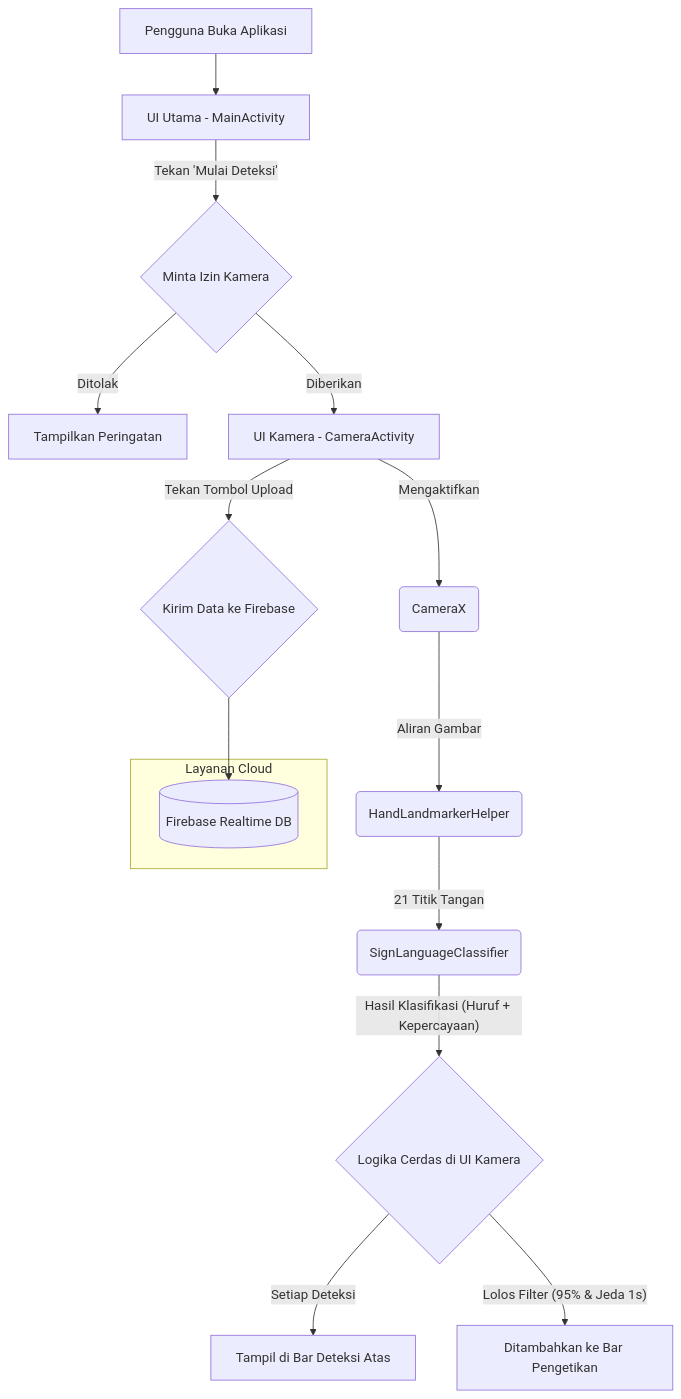
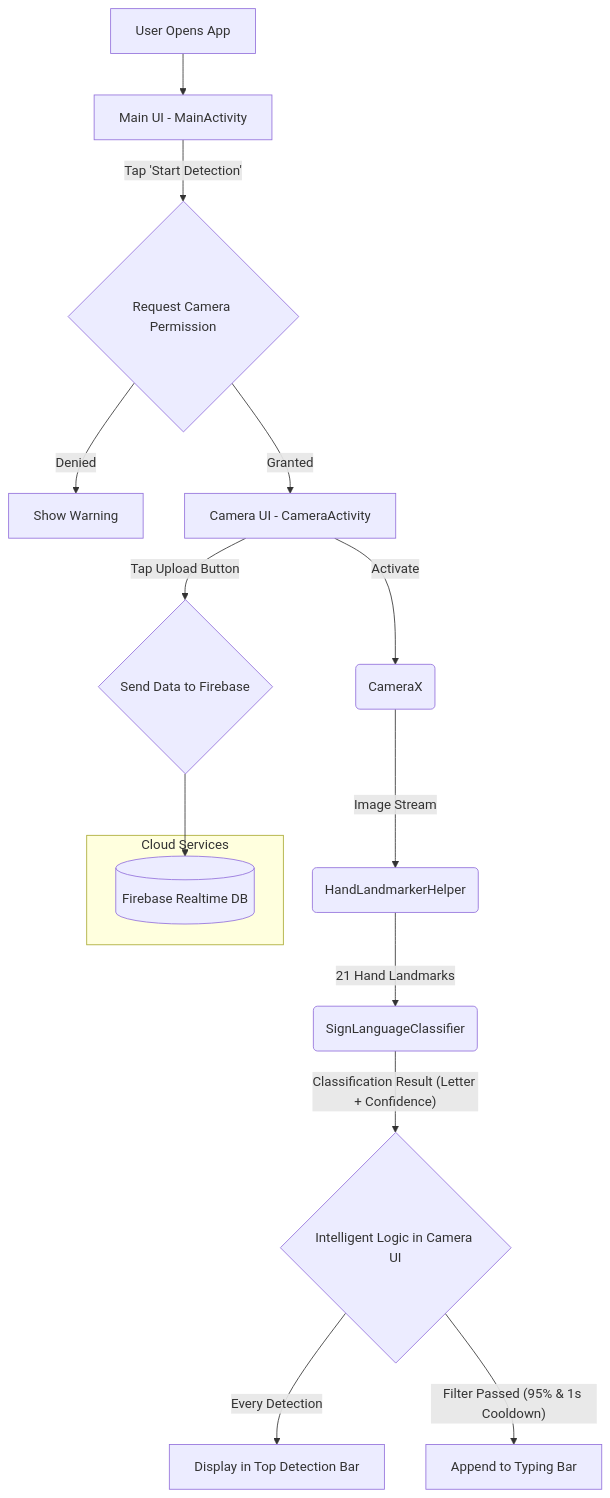
The diagram in README.md (syahrulhuda/JariBicara), drawn with Mermaid before and after one commit. The commit also changed other lines of this file, not shown here.

````diff
--- a/README.md
+++ b/README.md
@@ -25,20 +35,20 @@
 ```mermaid
 graph TD
-    A[Pengguna Buka Aplikasi] --> B[UI Utama - MainActivity];
-    B --Tekan 'Mulai Deteksi'--> C{Minta Izin Kamera};
-    C --Ditolak--> D[Tampilkan Peringatan];
-    C --Diberikan--> E[UI Kamera - CameraActivity];
-    E --Mengaktifkan--> F(CameraX);
-    F --Aliran Gambar--> G(HandLandmarkerHelper);
-    G --21 Titik Tangan--> H(SignLanguageClassifier);
-    H --Hasil Klasifikasi (Huruf + Kepercayaan)--> I{Logika Cerdas di UI Kamera};
-    I --Setiap Deteksi--> J[Tampil di Bar Deteksi Atas];
-    I --Lolos Filter (95% & Jeda 1s)--> K[Ditambahkan ke Bar Pengetikan];
-    E --Tekan Tombol Upload--> L{Kirim Data ke Firebase};
+    A[User Opens App] --> B[Main UI - MainActivity];
+    B --Tap 'Start Detection'--> C{Request Camera Permission};
+    C --Denied--> D[Show Warning];
+    C --Granted--> E[Camera UI - CameraActivity];
+    E --Activate--> F(CameraX);
+    F --Image Stream--> G(HandLandmarkerHelper);
+    G --21 Hand Landmarks--> H(SignLanguageClassifier);
+    H --Classification Result (Letter + Confidence)--> I{Intelligent Logic in Camera UI};
+    I --Every Detection--> J[Display in Top Detection Bar];
+    I --Filter Passed (95% & 1s Cooldown)--> K[Append to Typing Bar];
+    E --Tap Upload Button--> L{Send Data to Firebase};
     
-    subgraph "Layanan Cloud"
+    subgraph "Cloud Services"
       M[(Firebase Realtime DB)];
     end
 
     L --> M;
 ```
````
